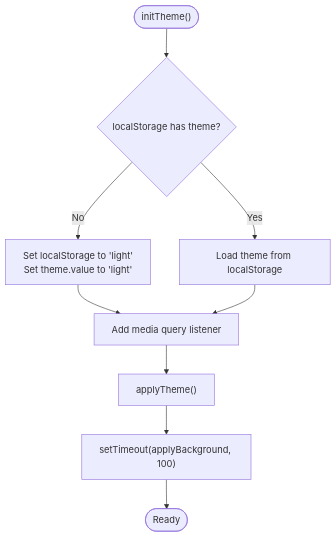
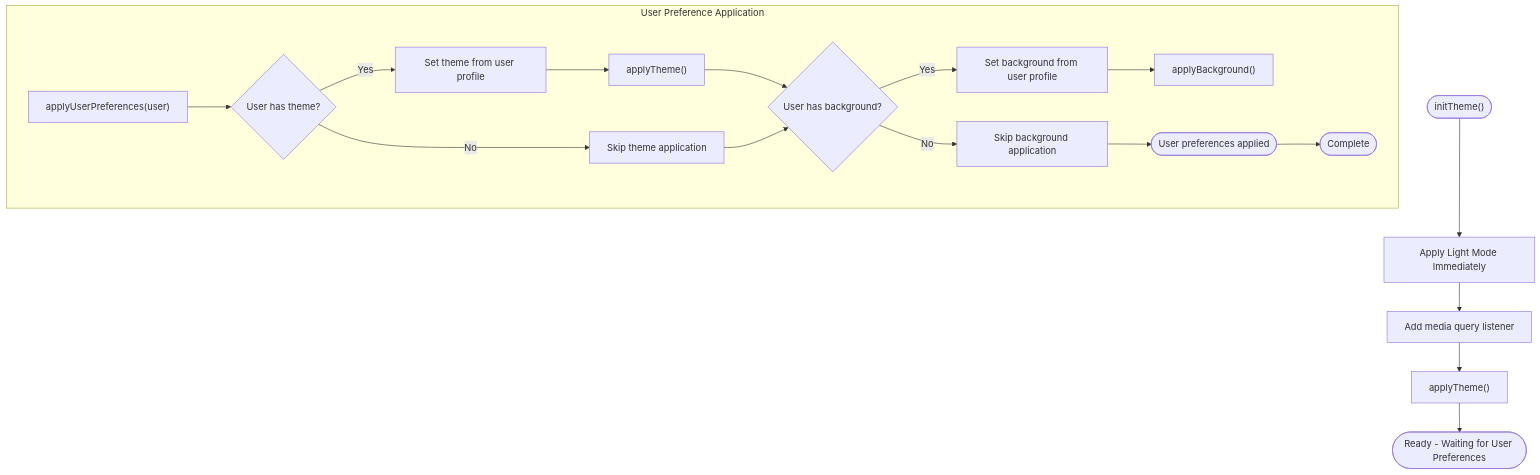
Before and after one commit to Nikita5543/New-SSO-02: the third of 8 diagrams in .qoder/repowiki/en/content/Frontend Architecture/Theming and Customization.md, drawn with Mermaid. The commit also changed other lines of this file and 3 other files, not shown here.

First line of the commit message:
feat(user): add unified profile update with theme and background support

````diff
--- a/.qoder/repowiki/en/content/Frontend Architecture/Theming and Customization.md
+++ b/.qoder/repowiki/en/content/Frontend Architecture/Theming and Customization.md
@@ -196,11 +202,20 @@
 ```mermaid
 flowchart TD
-Start(["initTheme()"]) --> Check{"localStorage has theme?"}
-Check --> |No| SetDefault["Set localStorage to 'light'<br/>Set theme.value to 'light'"]
-Check --> |Yes| LoadTheme["Load theme from localStorage"]
-SetDefault --> MQ["Add media query listener"]
-LoadTheme --> MQ
+Start(["initTheme()"]) --> ApplyLight["Apply Light Mode Immediately"]
+ApplyLight --> MQ["Add media query listener"]
 MQ --> Apply["applyTheme()"]
-Apply --> BGTimeout["setTimeout(applyBackground, 100)"]
-BGTimeout --> End(["Ready"])
+Apply --> End(["Ready - Waiting for User Preferences"])
+subgraph "User Preference Application"
+UserPref["applyUserPreferences(user)"] --> CheckUser{"User has theme?"}
+CheckUser --> |Yes| SetTheme["Set theme from user profile"]
+CheckUser --> |No| SkipTheme["Skip theme application"]
+SetTheme --> ApplyTheme["applyTheme()"]
+ApplyTheme --> CheckBg{"User has background?"}
+CheckBg --> |Yes| SetBg["Set background from user profile"]
+CheckBg --> |No| SkipBg["Skip background application"]
+SetBg --> ApplyBg["applyBackground()"]
+SkipBg --> End2(["User preferences applied"])
+SkipTheme --> CheckBg
+End2 --> End3(["Complete"])
+end
 ```
````
